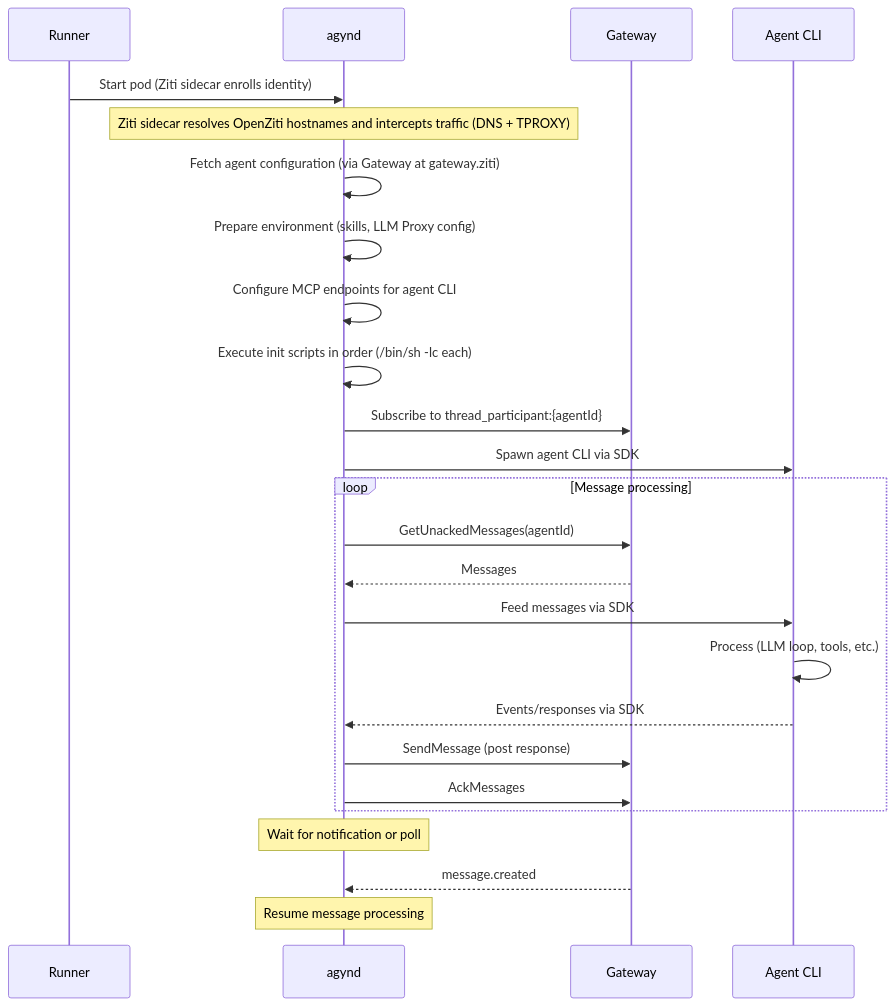
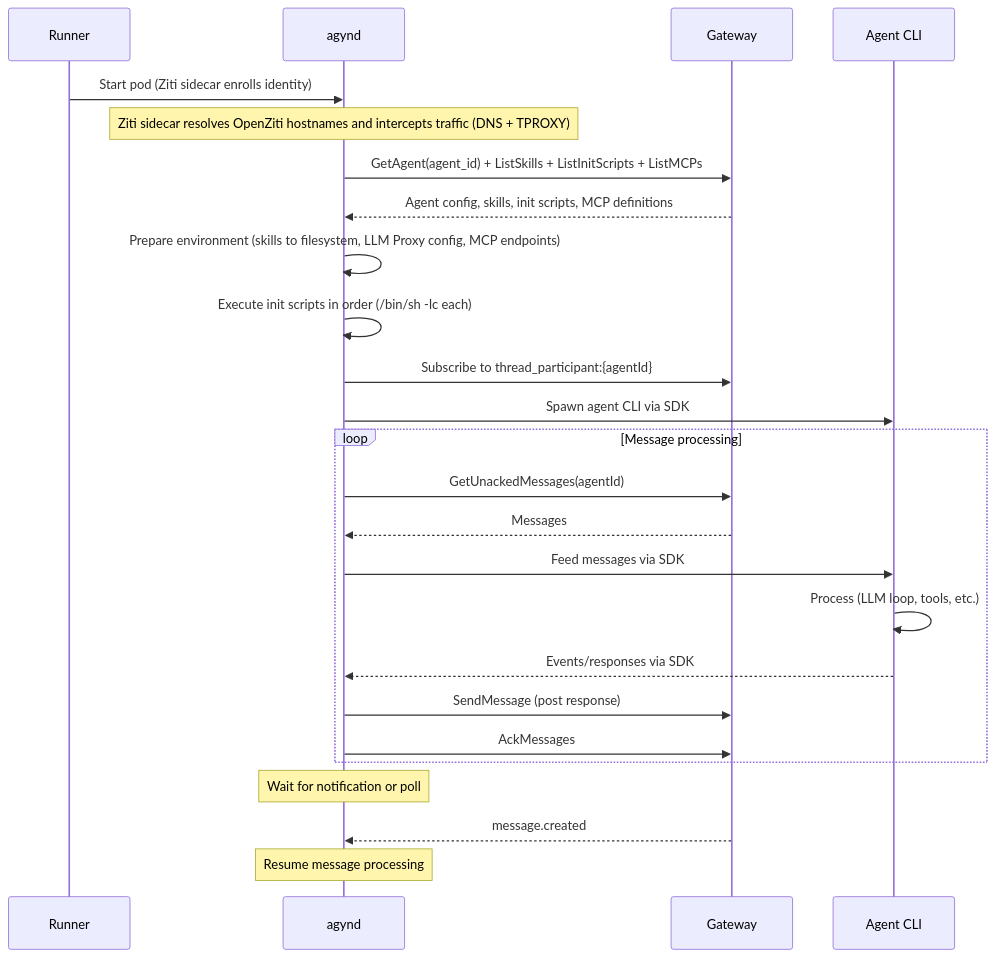
One commit to agynio/architecture changed the second of 2 diagrams in architecture/agynd-cli.md. Above: the diagram before and after it, drawn with Mermaid. The commit also changed other lines of this file and 15 other files, not shown here.

````diff
--- a/architecture/agynd-cli.md
+++ b/architecture/agynd-cli.md
@@ -232,30 +234,30 @@
 ```mermaid
 sequenceDiagram
     participant R as Runner
     participant D as agynd
     participant GW as Gateway
     participant A as Agent CLI
 
     R->>D: Start pod (Ziti sidecar enrolls identity)
     Note over D: Ziti sidecar resolves OpenZiti hostnames and intercepts traffic (DNS + TPROXY)
-    D->>D: Fetch agent configuration (via Gateway at gateway.ziti)
-    D->>D: Prepare environment (skills, LLM Proxy config)
-    D->>D: Configure MCP endpoints for agent CLI
+    D->>GW: GetAgent(agent_id) + ListSkills + ListInitScripts + ListMCPs
+    GW-->>D: Agent config, skills, init scripts, MCP definitions
+    D->>D: Prepare environment (skills to filesystem, LLM Proxy config, MCP endpoints)
     D->>D: Execute init scripts in order (/bin/sh -lc each)
     D->>GW: Subscribe to thread_participant:{agentId}
     D->>A: Spawn agent CLI via SDK
 
     loop Message processing
         D->>GW: GetUnackedMessages(agentId)
         GW-->>D: Messages
         D->>A: Feed messages via SDK
         A->>A: Process (LLM loop, tools, etc.)
         A-->>D: Events/responses via SDK
         D->>GW: SendMessage (post response)
         D->>GW: AckMessages
     end
 
     Note over D: Wait for notification or poll
     GW-->>D: message.created
     Note over D: Resume message processing
 ```
````
